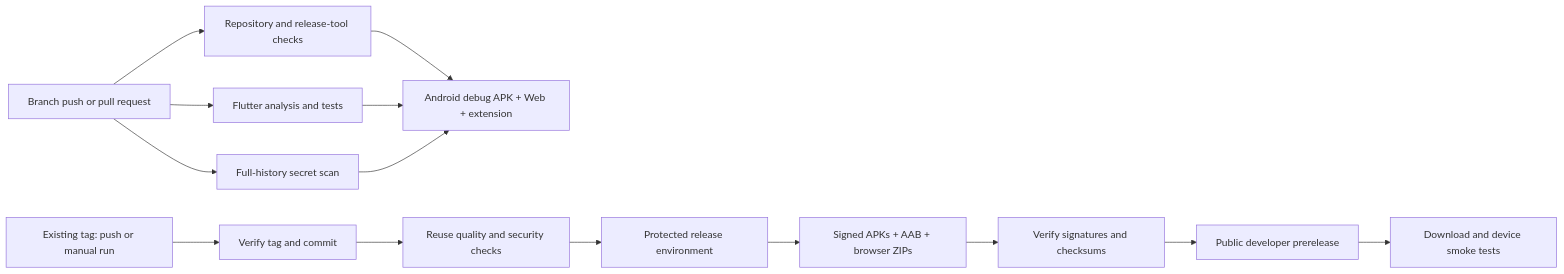
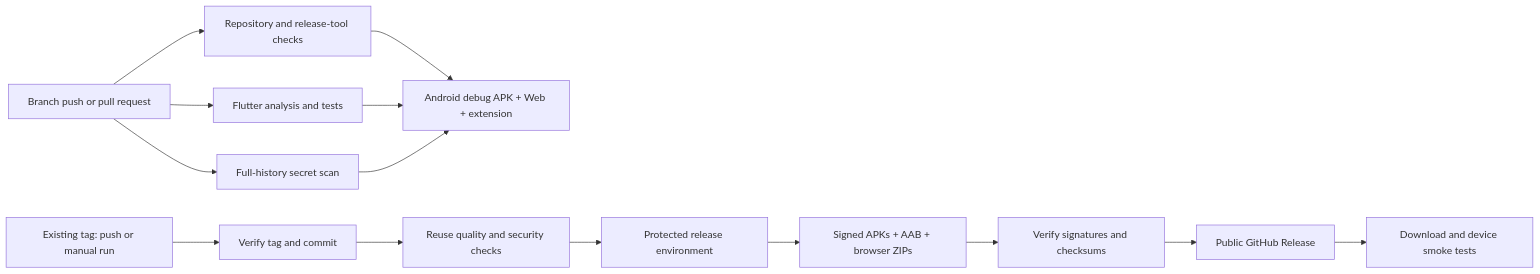
Before and after one commit to JunWeiUp/PasswordVault: the diagram in docs/RELEASING.md, drawn with Mermaid. The commit also changed other lines of this file and 4 other files, not shown here.

````diff
--- a/docs/RELEASING.md
+++ b/docs/RELEASING.md
@@ -7,16 +7,16 @@
 ```mermaid
 flowchart LR
   A[Branch push or pull request] --> B[Repository and release-tool checks]
   A --> C[Flutter analysis and tests]
   A --> D[Full-history secret scan]
   B --> E[Android debug APK + Web + extension]
   C --> E
   D --> E
   F[Existing tag: push or manual run] --> G[Verify tag and commit]
   G --> H[Reuse quality and security checks]
   H --> I[Protected release environment]
   I --> J[Signed APKs + AAB + browser ZIPs]
   J --> K[Verify signatures and checksums]
-  K --> L[Public developer prerelease]
+  K --> L[Public GitHub Release]
   L --> M[Download and device smoke tests]
 ```
````
